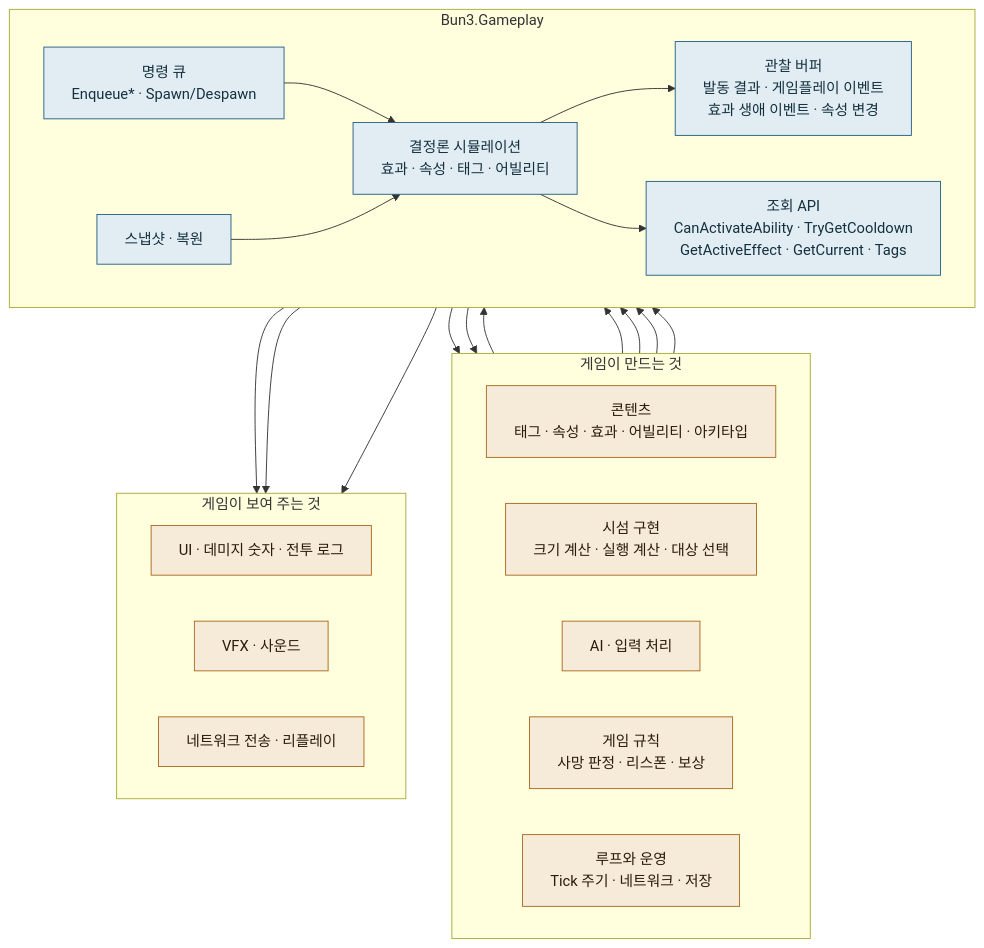
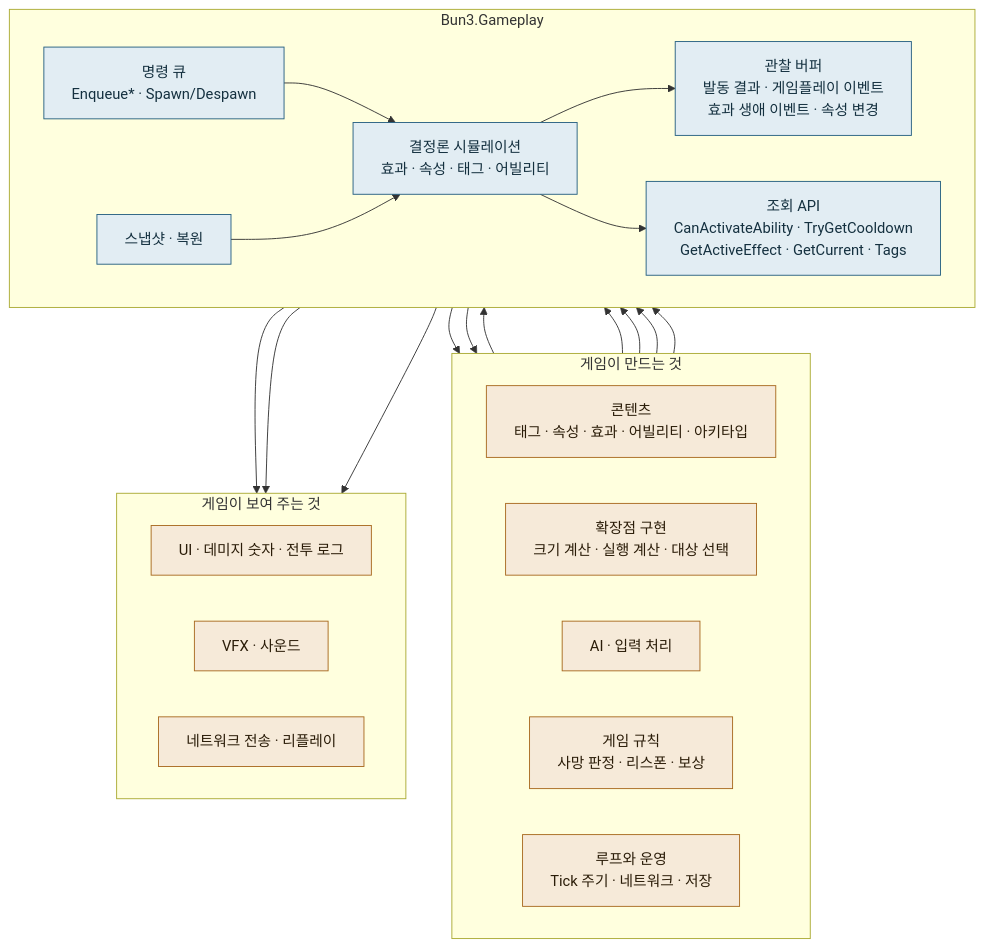
Before and after one commit to Bun3/bun3-kit: the eighth of 13 diagrams in docs/architecture/gameplay.md, drawn with Mermaid. The commit also changed other lines of this file and 1 other file, not shown here.

````diff
--- a/docs/architecture/gameplay.md
+++ b/docs/architecture/gameplay.md
@@ -208,42 +208,42 @@
 ```mermaid
 %%{init: {"flowchart": {"wrappingWidth": 640}}}%%
 flowchart TB
   subgraph GAME["게임이 만드는 것"]
     direction LR
     C1["콘텐츠<br/>태그 · 속성 · 효과 · 어빌리티 · 아키타입"]:::game
-    C2["시섬 구현<br/>크기 계산 · 실행 계산 · 대상 선택"]:::game
+    C2["확장점 구현<br/>크기 계산 · 실행 계산 · 대상 선택"]:::game
     C3["AI · 입력 처리"]:::game
     C4["게임 규칙<br/>사망 판정 · 리스폰 · 보상"]:::game
     C5["루프와 운영<br/>Tick 주기 · 네트워크 · 저장"]:::game
   end
   subgraph FW["Bun3.Gameplay"]
     direction LR
     F1["명령 큐<br/>Enqueue* · Spawn/Despawn"]
     F2["결정론 시뮬레이션<br/>효과 · 속성 · 태그 · 어빌리티"]
     F3["스냅샷 · 복원"]
     O1["관찰 버퍼<br/>발동 결과 · 게임플레이 이벤트<br/>효과 생애 이벤트 · 속성 변경"]
     O2["조회 API<br/>CanActivateAbility · TryGetCooldown<br/>GetActiveEffect · GetCurrent · Tags"]
   end
   subgraph VIEW["게임이 보여 주는 것"]
     direction LR
     V1["UI · 데미지 숫자 · 전투 로그"]:::game
     V2["VFX · 사운드"]:::game
     V3["네트워크 전송 · 리플레이"]:::game
   end
   C1 --> F2
   C2 --> F2
   C3 --> F1
   C4 --> F1
   F1 --> F2
   F2 --> O1
   F2 --> O2
   O2 --> C3
   O1 --> C4
   O1 --> V1
   O1 --> V2
   O1 --> V3
   C5 --> F3
   F3 --> F2
   classDef game fill:#f6ead9,stroke:#a8691f,color:#2a1c08
   classDef default fill:#e2edf3,stroke:#255f80,color:#14303f
 ```
````
